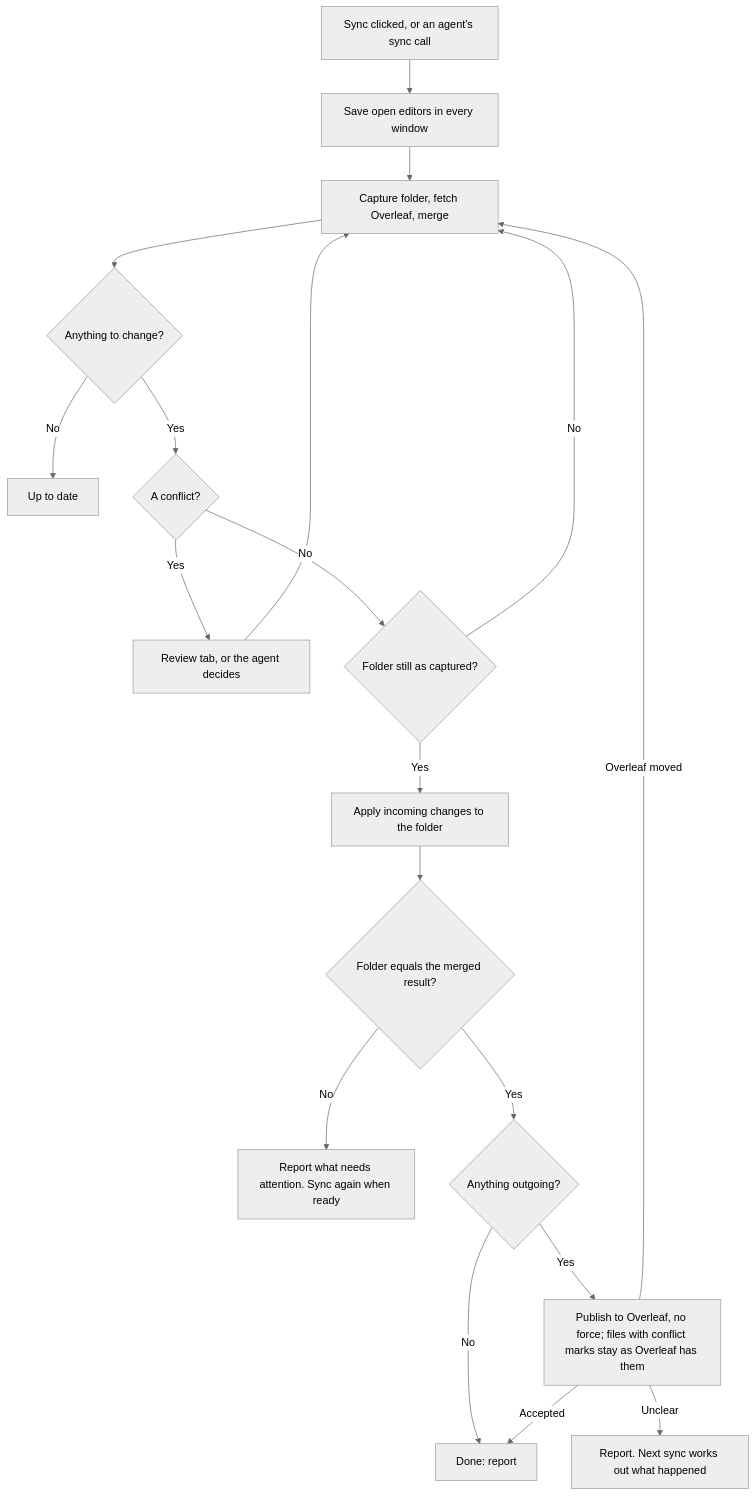
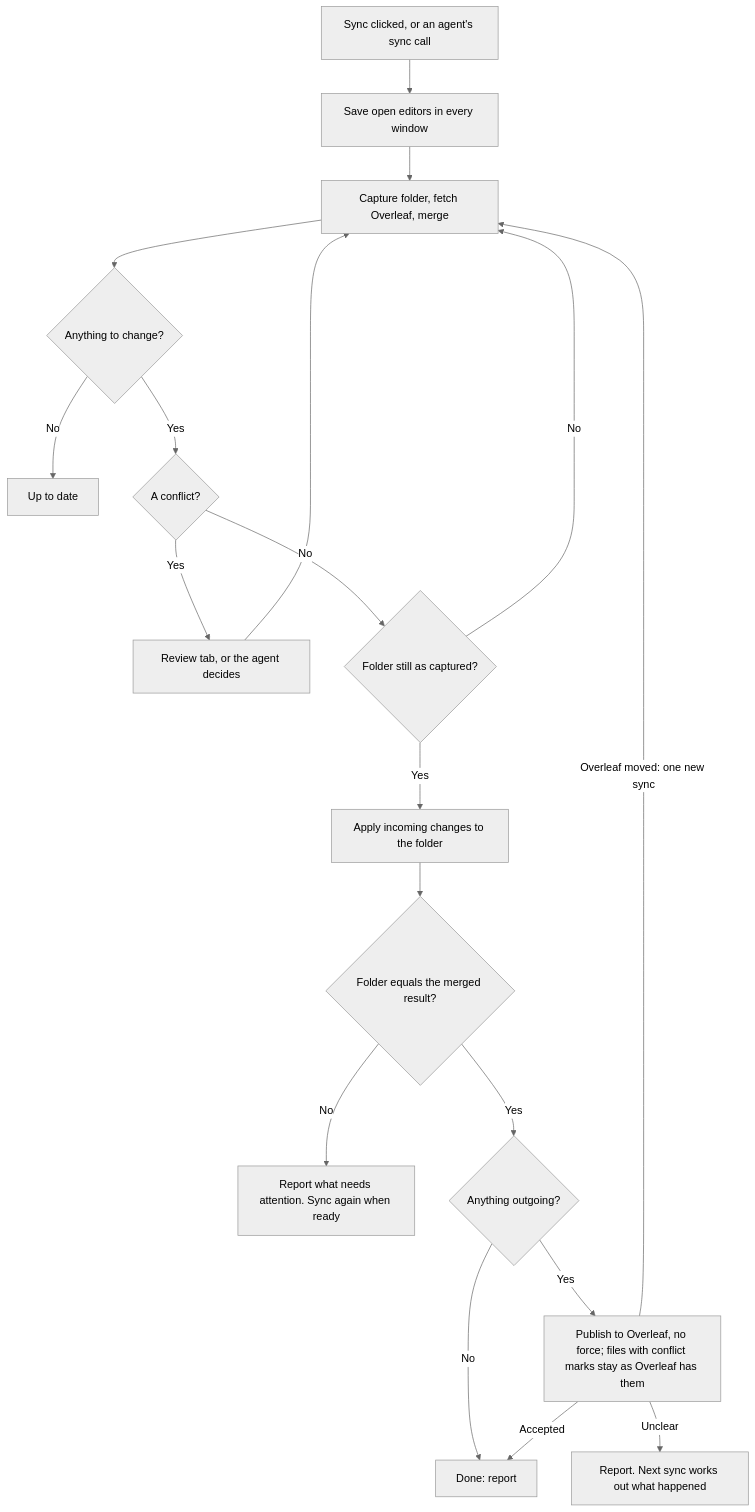
One commit to ScientFactory/scient-desktop changed the diagram in docs/internals/overleaf/implementation-plan.md. Above: the diagram before and after it, drawn with Mermaid (neutral theme). The commit also changed other lines of this file and 3 other files, not shown here.

````diff
--- a/docs/internals/overleaf/implementation-plan.md
+++ b/docs/internals/overleaf/implementation-plan.md
@@ -68,21 +68,21 @@
 ```mermaid
 flowchart TD
     A[Sync clicked, or an agent's sync call] --> B[Save open editors in every window]
     B --> C[Capture folder, fetch Overleaf, merge]
     C --> D{Anything to change?}
     D -->|No| Z[Up to date]
     D -->|Yes| E{A conflict?}
     E -->|Yes| R[Review tab, or the agent decides]
     R --> C
     E -->|No| V{Folder still as captured?}
     V -->|No| C
     V -->|Yes| F[Apply incoming changes to the folder]
     F --> G{Folder equals the merged result?}
     G -->|No| H[Report what needs attention. Sync again when ready]
     G -->|Yes| I{Anything outgoing?}
     I -->|No| Z2[Done: report]
     I -->|Yes| J[Publish to Overleaf, no force; files with conflict marks stay as Overleaf has them]
     J -->|Accepted| Z2
-    J -->|Overleaf moved| C
+    J -->|Overleaf moved: one new sync| C
     J -->|Unclear| K[Report. Next sync works out what happened]
 ```
````
